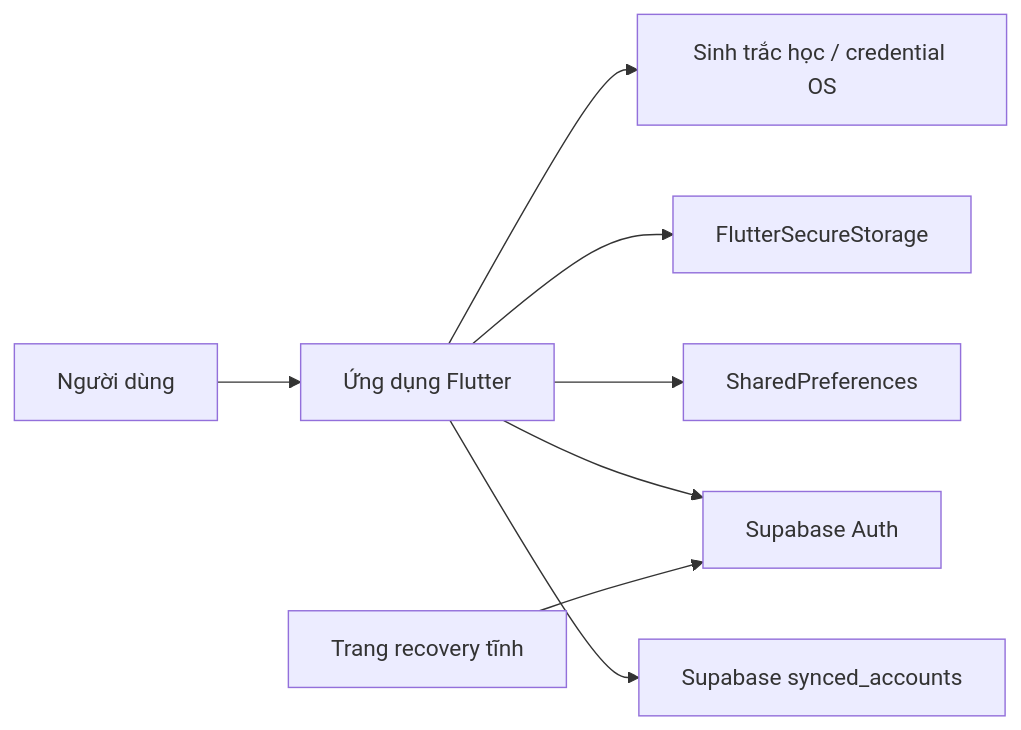
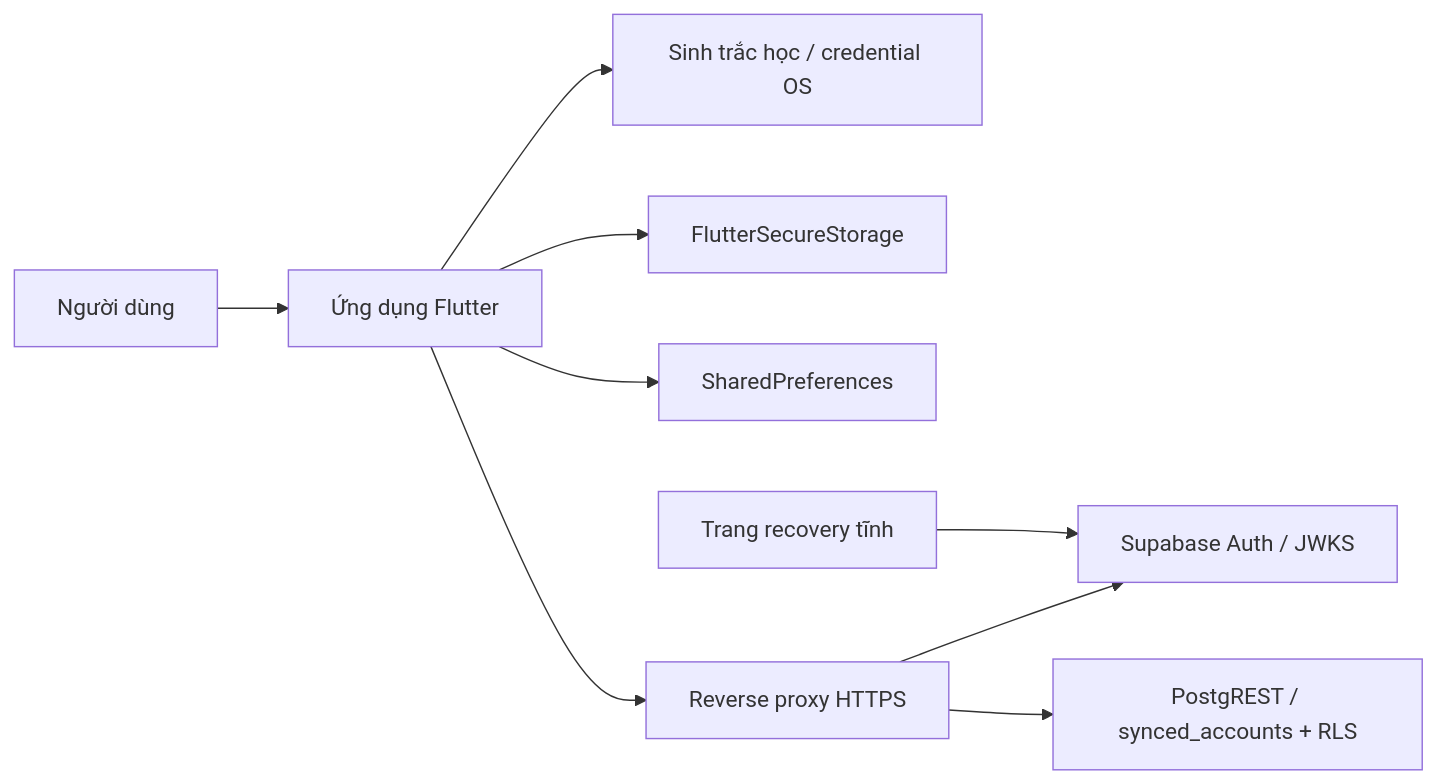
Before and after one commit to xuancanhit99/hyper_authenticator: the diagram in docs/SYSTEM_DESIGN.md, drawn with Mermaid. The commit also changed other lines of this file and 87 other files, not shown here.

```diff
--- a/docs/SYSTEM_DESIGN.md
+++ b/docs/SYSTEM_DESIGN.md
@@ -14,10 +14,11 @@
 ~~~mermaid
 flowchart LR
     User["Người dùng"] --> App["Ứng dụng Flutter"]
     App --> DeviceAuth["Sinh trắc học / credential OS"]
     App --> SecureStorage["FlutterSecureStorage"]
     App --> Preferences["SharedPreferences"]
-    App --> SupabaseAuth["Supabase Auth"]
-    App --> SupabaseDB["Supabase synced_accounts"]
+    App --> Proxy["Reverse proxy HTTPS"]
+    Proxy --> SupabaseAuth["Supabase Auth / JWKS"]
+    Proxy --> SupabaseDB["PostgREST / synced_accounts + RLS"]
     Recovery["Trang recovery tĩnh"] --> SupabaseAuth
 ~~~
```
